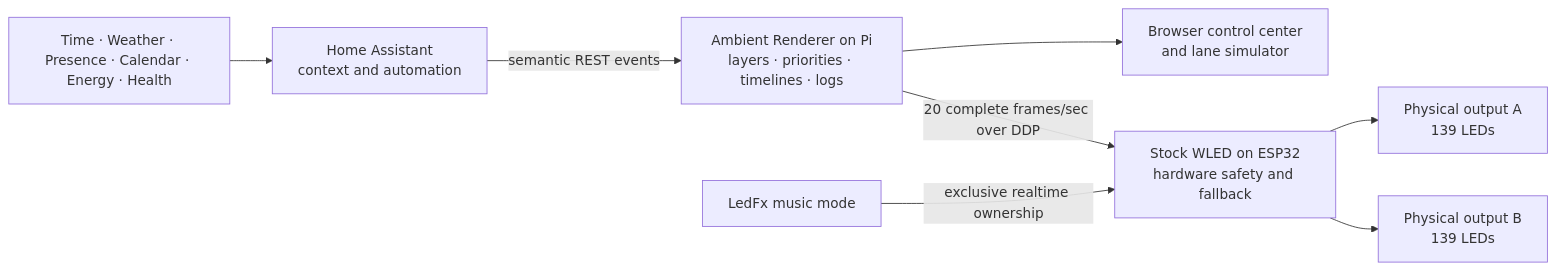
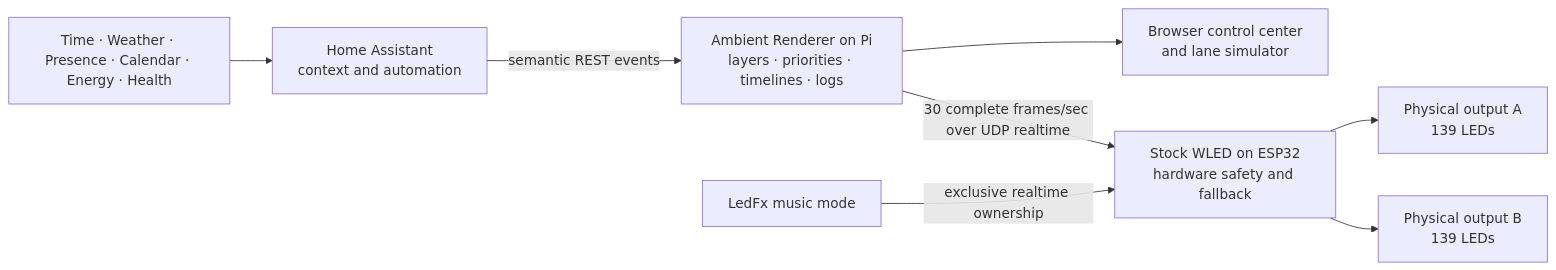
One commit to MichaelVoth/ambient-wled-display changed the diagram in docs/architecture.md. Above: the diagram before and after it, drawn with Mermaid. The commit also changed other lines of this file and 10 other files, not shown here.

Commit message:
Fix WLED realtime rendering performance

````diff
--- a/docs/architecture.md
+++ b/docs/architecture.md
@@ -8,10 +8,10 @@
 ```mermaid
 flowchart LR
   Context["Time · Weather · Presence · Calendar · Energy · Health"] --> HA["Home Assistant\ncontext and automation"]
   HA -->|"semantic REST events"| Renderer["Ambient Renderer on Pi\nlayers · priorities · timelines · logs"]
   Renderer --> Simulator["Browser control center\nand lane simulator"]
-  Renderer -->|"20 complete frames/sec over DDP"| WLED["Stock WLED on ESP32\nhardware safety and fallback"]
+  Renderer -->|"30 complete frames/sec over UDP realtime"| WLED["Stock WLED on ESP32\nhardware safety and fallback"]
   WLED --> A["Physical output A\n139 LEDs"]
   WLED --> B["Physical output B\n139 LEDs"]
   Music["LedFx music mode"] -->|"exclusive realtime ownership"| WLED
 ```
````
